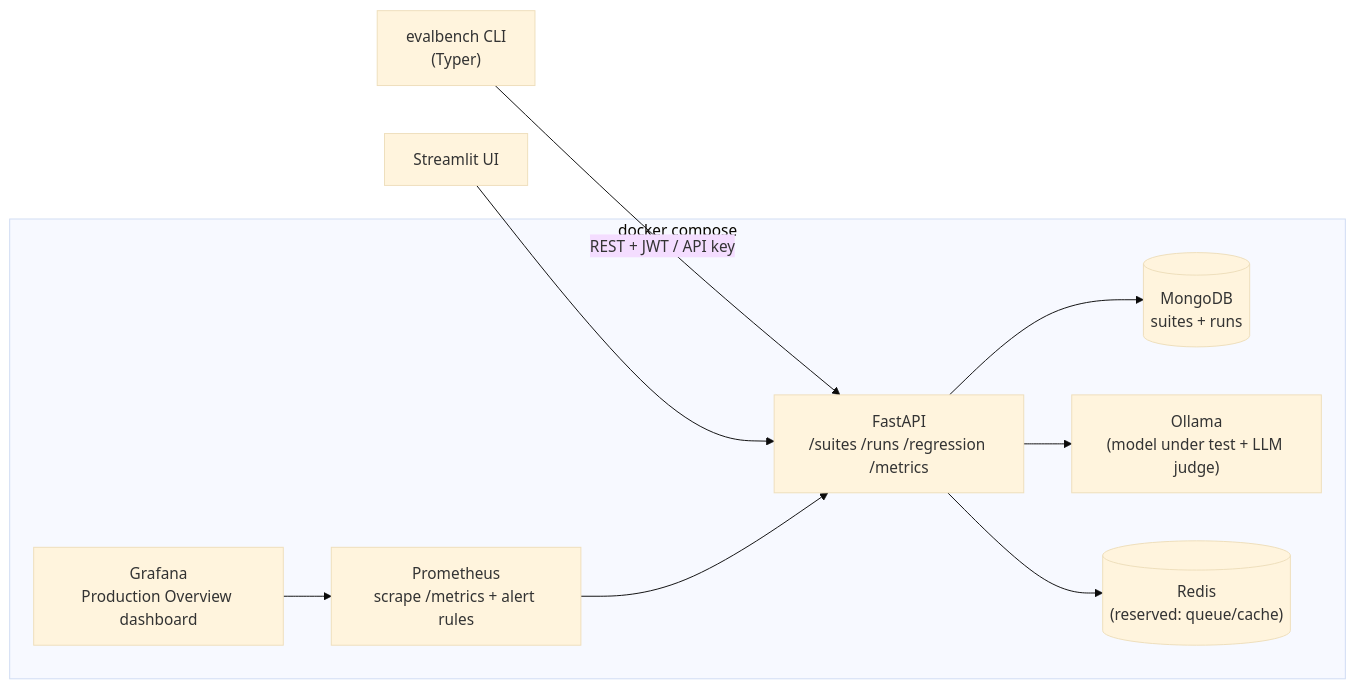
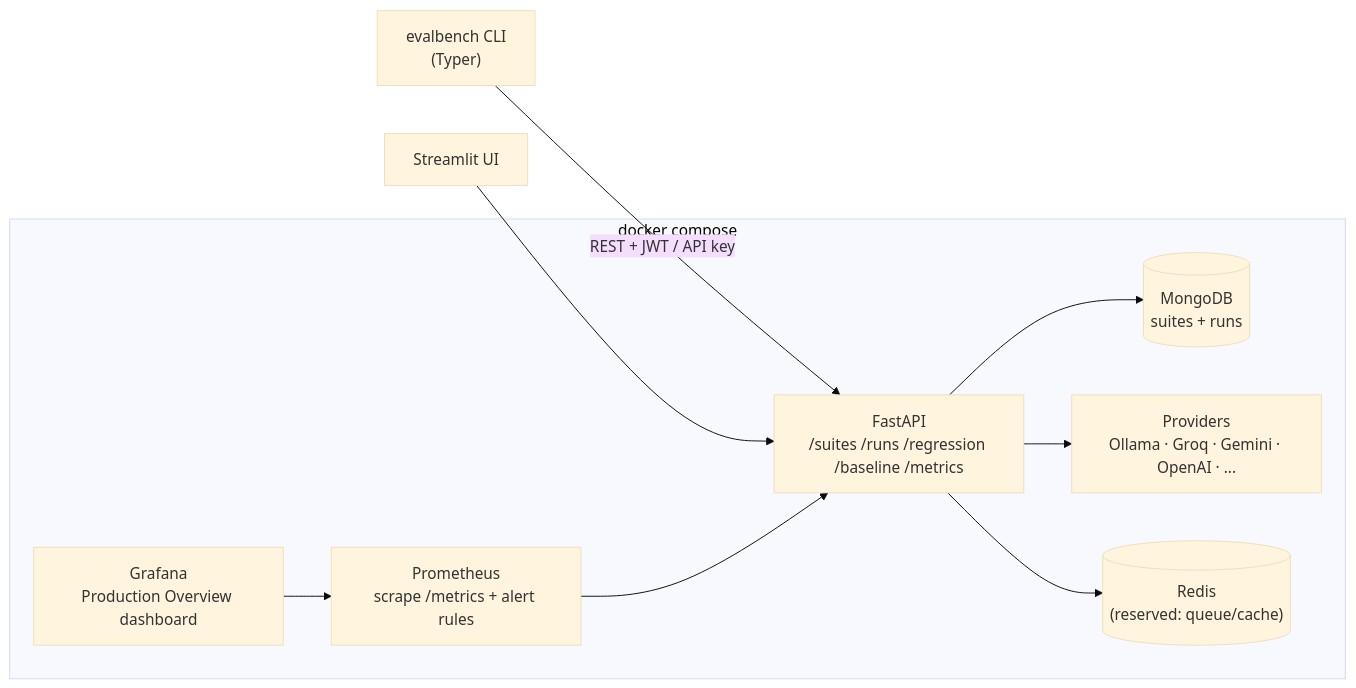
The diagram in README.md (Aman13082001/EvalBench), drawn with Mermaid (base theme) before and after one commit. The commit also changed other lines of this file and 6 other files, not shown here.

````diff
--- a/README.md
+++ b/README.md
@@ -28,12 +30,12 @@
 ```mermaid
 flowchart LR
     CLI["evalbench CLI\n(Typer)"] -->|"REST + JWT / API key"| API
     UI["Streamlit UI"] --> API
     subgraph stack["docker compose"]
-      API["FastAPI\n/suites /runs /regression /metrics"] --> MONGO[("MongoDB\nsuites + runs")]
-      API --> OLLAMA["Ollama\n(model under test + LLM judge)"]
+      API["FastAPI\n/suites /runs /regression /baseline /metrics"] --> MONGO[("MongoDB\nsuites + runs")]
+      API --> PROV["Providers\nOllama · Groq · Gemini · OpenAI · ..."]
       API --> REDIS[("Redis\n(reserved: queue/cache)")]
       PROM["Prometheus\nscrape /metrics + alert rules"] --> API
       GRAF["Grafana\nProduction Overview dashboard"] --> PROM
     end
 ```
````
